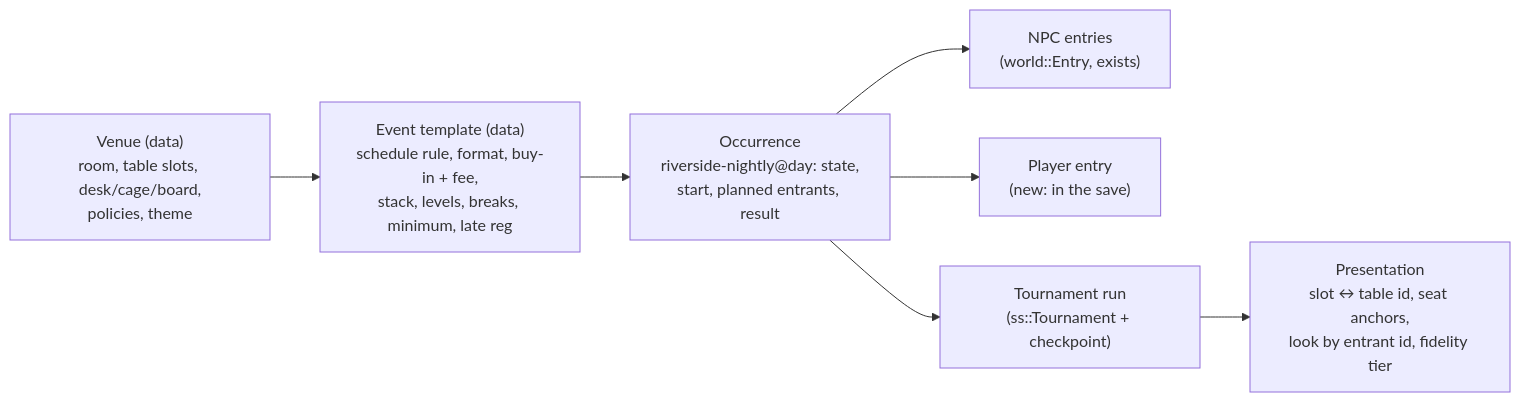
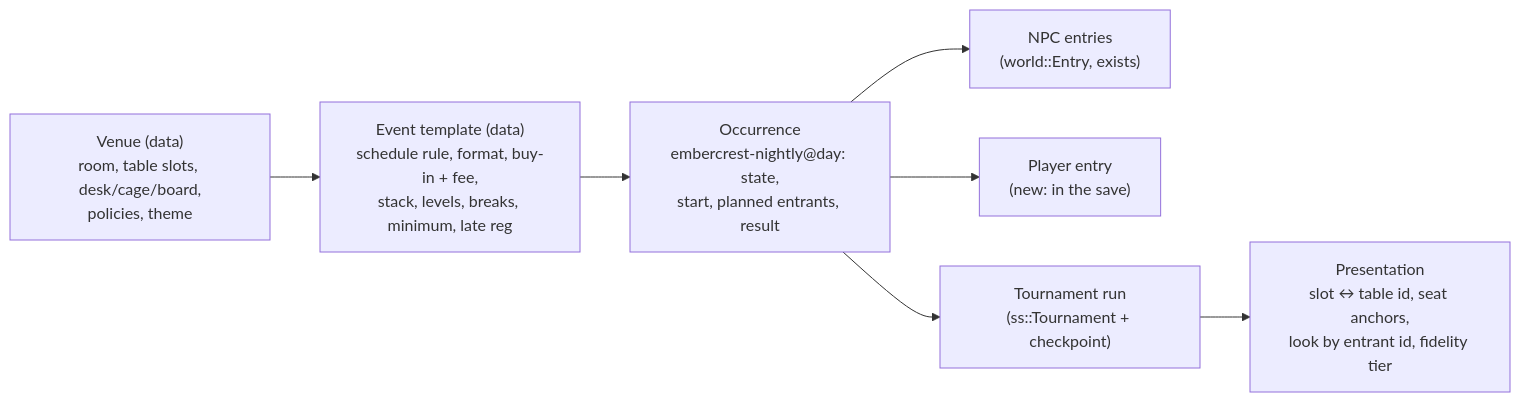
Before and after one commit to jaynaux-blip/Poker-: the diagram in docs/LIVE_TOURNAMENTS.md, drawn with Mermaid. The commit also changed other lines of this file and 238 other files, not shown here.

````diff
--- a/docs/LIVE_TOURNAMENTS.md
+++ b/docs/LIVE_TOURNAMENTS.md
@@ -140,9 +141,9 @@
 ```mermaid
 flowchart LR
   Venue["Venue (data)<br/>room, table slots, desk/cage/board,<br/>policies, theme"] --> Template["Event template (data)<br/>schedule rule, format, buy-in + fee,<br/>stack, levels, breaks, minimum, late reg"]
-  Template --> Occ["Occurrence<br/>riverside-nightly@day: state,<br/>start, planned entrants, result"]
+  Template --> Occ["Occurrence<br/>embercrest-nightly@day: state,<br/>start, planned entrants, result"]
   Occ --> NpcEntry["NPC entries<br/>(world::Entry, exists)"]
   Occ --> HeroEntry["Player entry<br/>(new: in the save)"]
   Occ --> Run["Tournament run<br/>(ss::Tournament + checkpoint)"]
   Run --> Pres["Presentation<br/>slot ↔ table id, seat anchors,<br/>look by entrant id, fidelity tier"]
 ```
````
